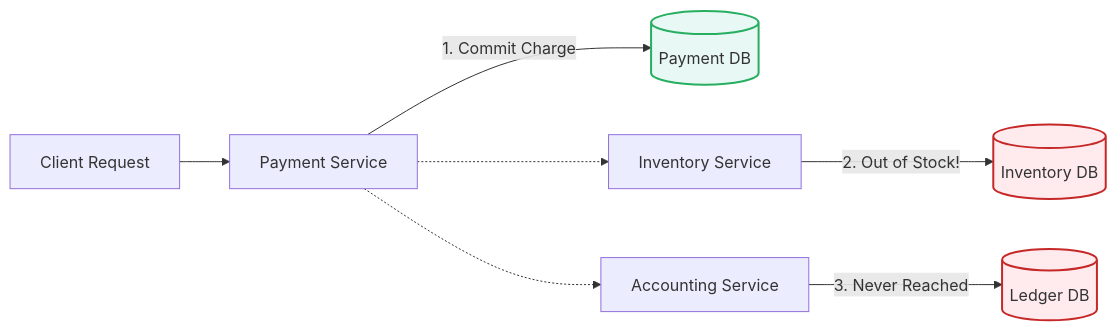
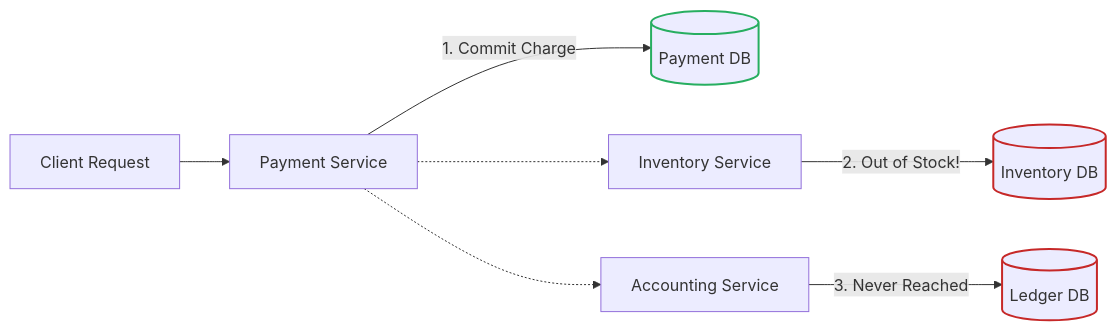
Before and after one commit to abhinnaagrawal/system-design-notes: the second of 12 diagrams in Core Concepts/Distributed Transactions/README.md, drawn with Mermaid. The commit also changed other lines of this file and 62 other files, not shown here.

````diff
--- a/Core Concepts/Distributed Transactions/README.md
+++ b/Core Concepts/Distributed Transactions/README.md
@@ -67,16 +67,16 @@
 ```mermaid
 flowchart LR
     Client[Client Request] --> PaySvc[Payment Service]
     PaySvc -->|1. Commit Charge| PayDB[(Payment DB)]
     
     PaySvc -.-> InvSvc[Inventory Service]
     InvSvc -->|2. Out of Stock!| InvDB[(Inventory DB)]
     
     PaySvc -.-> AccSvc[Accounting Service]
     AccSvc -->|3. Never Reached| AccDB[(Ledger DB)]
 
-    classDef fail fill:#ffebee,stroke:#c62828,stroke-width:2px;
-    classDef succ fill:#e8f8f5,stroke:#27ae60,stroke-width:2px;
+    classDef fail stroke:#c62828,stroke-width:2px;
+    classDef succ stroke:#27ae60,stroke-width:2px;
     class InvDB,AccDB fail;
     class PayDB succ;
 ```
````
